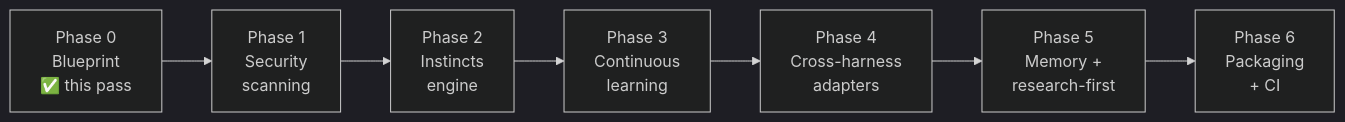
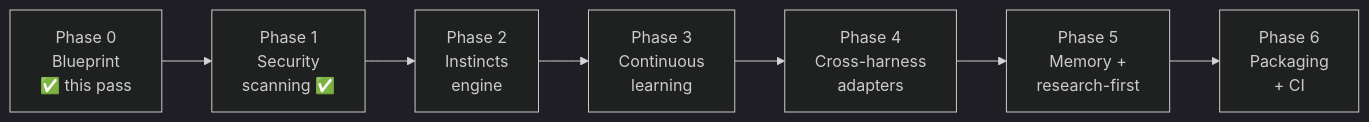
One commit to osxsystem/topology changed the diagram in docs/ROADMAP.md. Above: the diagram before and after it, drawn with Mermaid (dark theme). The commit also changed other lines of this file and 3 other files, not shown here.

````diff
--- a/docs/ROADMAP.md
+++ b/docs/ROADMAP.md
@@ -10,9 +11,9 @@
 ```mermaid
 flowchart LR
-    P0["Phase 0<br/>Blueprint<br/>✅ this pass"] --> P1["Phase 1<br/>Security<br/>scanning"]
+    P0["Phase 0<br/>Blueprint<br/>✅ this pass"] --> P1["Phase 1<br/>Security<br/>scanning ✅"]
     P1 --> P2["Phase 2<br/>Instincts<br/>engine"]
     P2 --> P3["Phase 3<br/>Continuous<br/>learning"]
     P3 --> P4["Phase 4<br/>Cross-harness<br/>adapters"]
     P4 --> P5["Phase 5<br/>Memory +<br/>research-first"]
     P5 --> P6["Phase 6<br/>Packaging<br/>+ CI"]
 ```
````
